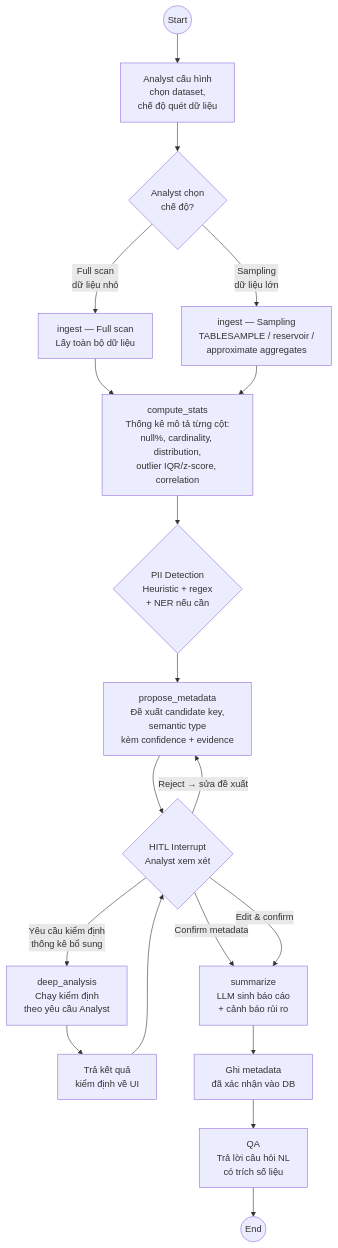
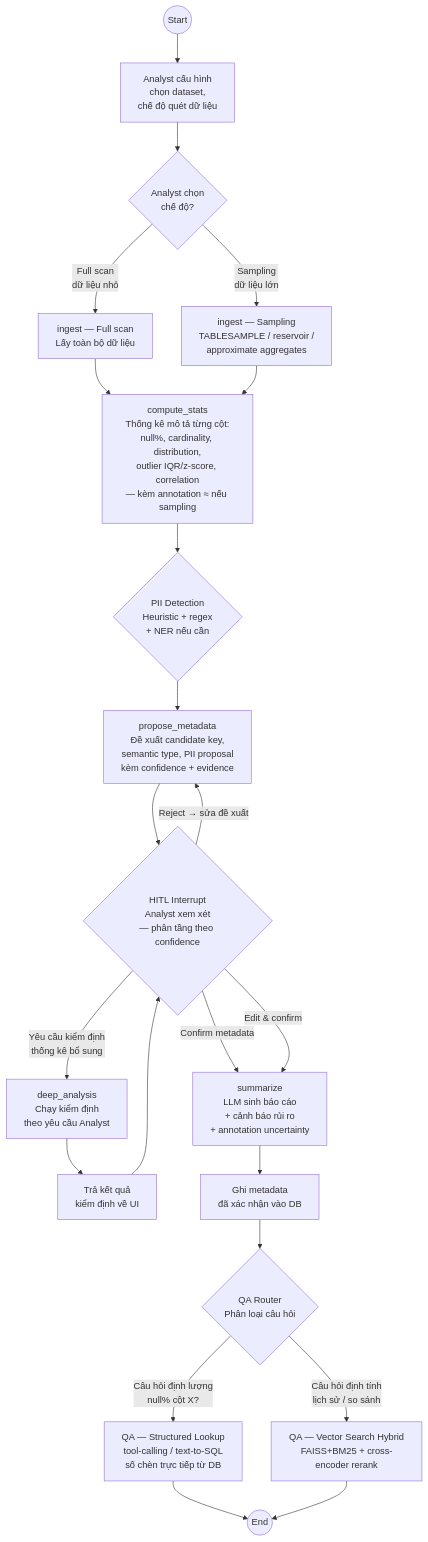
Before and after one commit to mhiu05/VDaAgent: the second of 5 diagrams in docs/project_context.md, drawn with Mermaid. The commit also changed other lines of this file and 2 other files, not shown here.

````diff
--- a/docs/project_context.md
+++ b/docs/project_context.md
@@ -134,29 +152,32 @@
 ```mermaid
 graph TD
     START((Start)) --> Config[Analyst cấu hình<br/>chọn dataset,<br/>chế độ quét dữ liệu]
 
     Config --> SizeCheck{Analyst chọn<br/>chế độ?}
     SizeCheck -->|Full scan<br/>dữ liệu nhỏ| FullScan[ingest — Full scan<br/>Lấy toàn bộ dữ liệu]
     SizeCheck -->|Sampling<br/>dữ liệu lớn| Sample[ingest — Sampling<br/>TABLESAMPLE / reservoir /<br/>approximate aggregates]
 
-    FullScan --> Compute[compute_stats<br/>Thống kê mô tả từng cột:<br/>null%, cardinality, distribution,<br/>outlier IQR/z-score, correlation]
+    FullScan --> Compute[compute_stats<br/>Thống kê mô tả từng cột:<br/>null%, cardinality, distribution,<br/>outlier IQR/z-score, correlation<br/>— kèm annotation ≈ nếu sampling]
     Sample --> Compute
 
     Compute --> PII{PII Detection<br/>Heuristic + regex<br/>+ NER nếu cần}
-    PII --> Propose[propose_metadata<br/>Đề xuất candidate key,<br/>semantic type<br/>kèm confidence + evidence]
+    PII --> Propose[propose_metadata<br/>Đề xuất candidate key,<br/>semantic type, PII proposal<br/>kèm confidence + evidence]
 
-    Propose --> HITL{HITL Interrupt<br/>Analyst xem xét}
+    Propose --> HITL{HITL Interrupt<br/>Analyst xem xét<br/>— phân tầng theo confidence}
 
-    HITL -->|Confirm metadata| Summarize[summarize<br/>LLM sinh báo cáo<br/>+ cảnh báo rủi ro]
+    HITL -->|Confirm metadata| Summarize[summarize<br/>LLM sinh báo cáo<br/>+ cảnh báo rủi ro<br/>+ annotation uncertainty]
     HITL -->|Edit & confirm| Summarize
     HITL -->|Reject → sửa đề xuất| Propose
 
     HITL -->|Yêu cầu kiểm định<br/>thống kê bổ sung| DeepAnalysis[deep_analysis<br/>Chạy kiểm định<br/>theo yêu cầu Analyst]
 
     DeepAnalysis --> ReturnResults[Trả kết quả<br/>kiểm định về UI]
     ReturnResults --> HITL
 
     Summarize --> Save[Ghi metadata<br/>đã xác nhận vào DB]
-    Save --> QA[QA<br/>Trả lời câu hỏi NL<br/>có trích số liệu]
-    QA --> END((End))
+    Save --> QARouter{QA Router<br/>Phân loại câu hỏi}
+    QARouter -->|Câu hỏi định lượng<br/>null% cột X?| QAStructured[QA — Structured Lookup<br/>tool-calling / text-to-SQL<br/>số chèn trực tiếp từ DB]
+    QARouter -->|Câu hỏi định tính<br/>lịch sử / so sánh| QAVector[QA — Vector Search Hybrid<br/>FAISS+BM25 + cross-encoder rerank]
+    QAStructured --> END((End))
+    QAVector --> END
 ```
````
